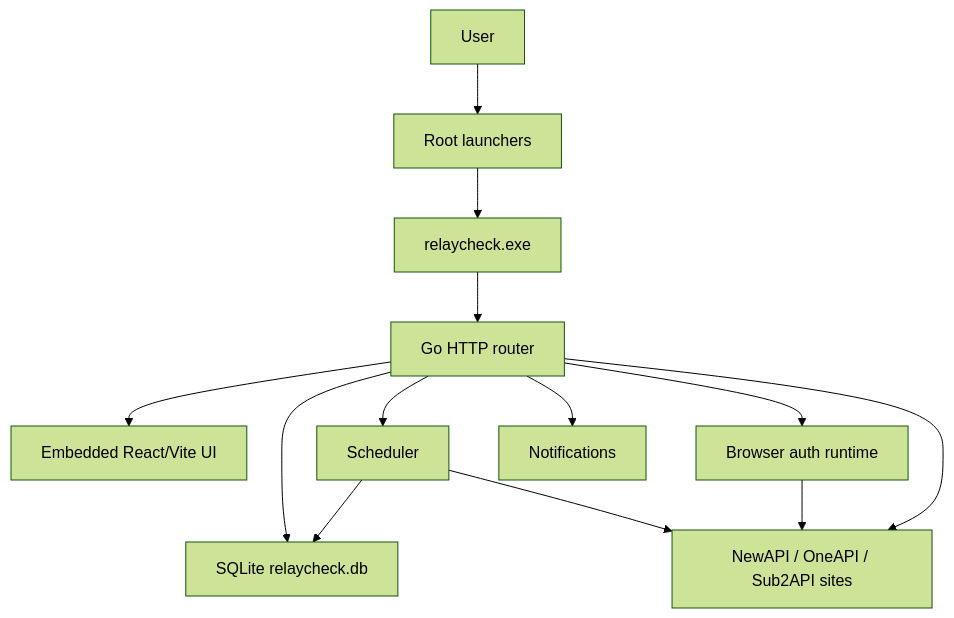
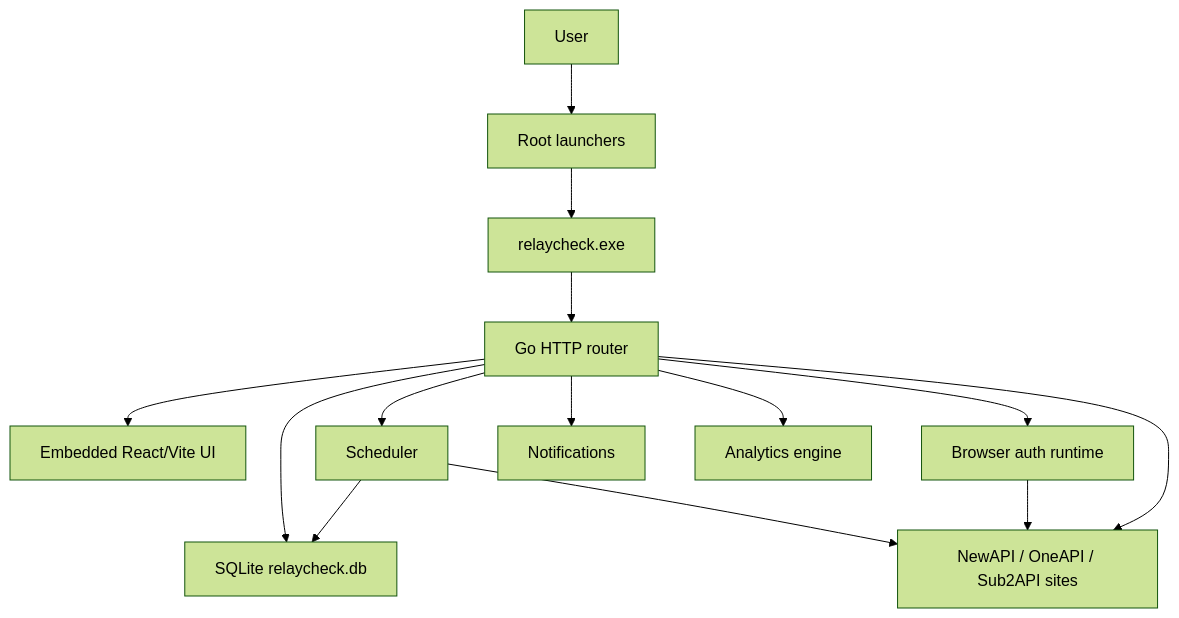
The diagram in relaycheck-desktop/README.md (xvyimu/relaycheck-desktop), drawn with Mermaid (forest theme) before and after one commit. The commit also changed other lines of this file and 91 other files, not shown here.

````diff
--- a/relaycheck-desktop/README.md
+++ b/relaycheck-desktop/README.md
@@ -31,26 +72,28 @@
 ```mermaid
 flowchart TD
     User["User"]
     Launcher["Root launchers"]
     Desktop["relaycheck.exe"]
     Router["Go HTTP router"]
     Frontend["Embedded React/Vite UI"]
     DB["SQLite relaycheck.db"]
     Scheduler["Scheduler"]
     BrowserAuth["Browser auth runtime"]
     Upstream["NewAPI / OneAPI / Sub2API sites"]
     Notifications["Notifications"]
+    Analytics["Analytics engine"]
 
     User --> Launcher
     Launcher --> Desktop
     Desktop --> Router
     Router --> Frontend
     Router --> DB
     Router --> Scheduler
     Router --> BrowserAuth
     Router --> Notifications
+    Router --> Analytics
     Scheduler --> DB
     Scheduler --> Upstream
     BrowserAuth --> Upstream
     Router --> Upstream
 ```
````
